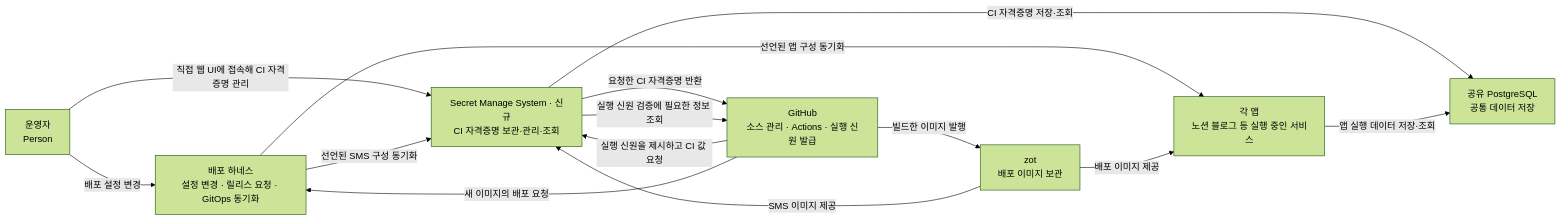
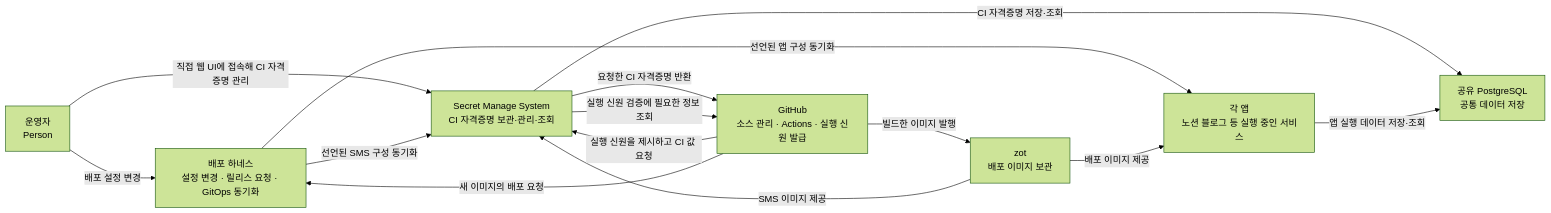
Before and after one commit to robinjoon/Simple-K3S-Herness: the first of 2 diagrams in SYSTEM_DESIGN.md, drawn with Mermaid (forest theme). The commit also changed other lines of this file and 9 other files, not shown here.

Commit message:
docs: publish system diagram and agent startup guide

````diff
--- a/SYSTEM_DESIGN.md
+++ b/SYSTEM_DESIGN.md
@@ -41,24 +43,24 @@
 ```mermaid
 flowchart LR
     operator["운영자<br/>Person"]
     github["GitHub<br/>소스 관리 · Actions · 실행 신원 발급"]
     harness["배포 하네스<br/>설정 변경 · 릴리스 요청 · GitOps 동기화"]
-    sms["Secret Manage System · 신규<br/>CI 자격증명 보관·관리·조회"]
+    sms["Secret Manage System<br/>CI 자격증명 보관·관리·조회"]
     registry["zot<br/>배포 이미지 보관"]
     database["공유 PostgreSQL<br/>공통 데이터 저장"]
     apps["각 앱<br/>노션 블로그 등 실행 중인 서비스"]
 
     operator -->|"배포 설정 변경"| harness
     operator -->|"직접 웹 UI에 접속해 CI 자격증명 관리"| sms
     harness -->|"선언된 SMS 구성 동기화"| sms
     github -->|"실행 신원을 제시하고 CI 값 요청"| sms
     sms -->|"요청한 CI 자격증명 반환"| github
     sms -->|"실행 신원 검증에 필요한 정보 조회"| github
     github -->|"빌드한 이미지 발행"| registry
     github -->|"새 이미지의 배포 요청"| harness
     harness -->|"선언된 앱 구성 동기화"| apps
     registry -->|"배포 이미지 제공"| apps
     registry -->|"SMS 이미지 제공"| sms
     sms -->|"CI 자격증명 저장·조회"| database
     apps -->|"앱 실행 데이터 저장·조회"| database
 ```
````
